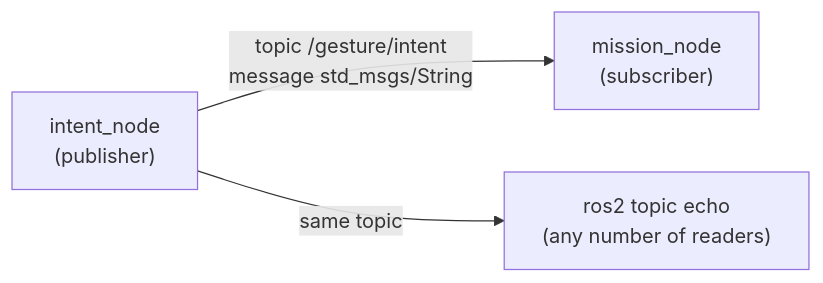
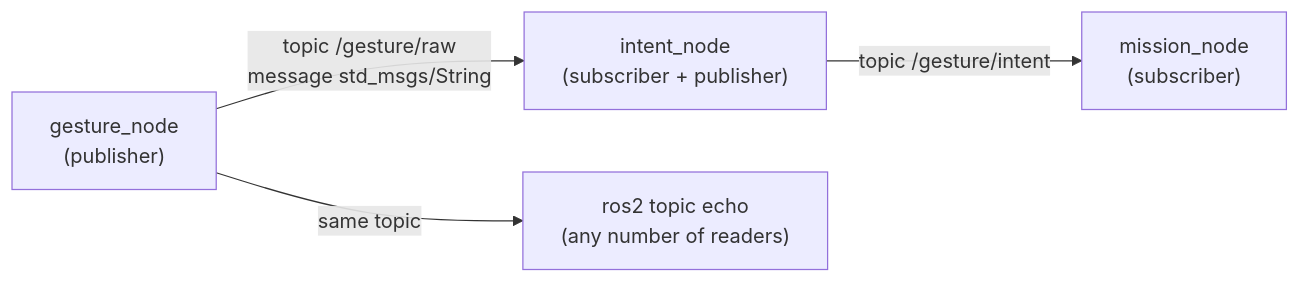
The first of 2 diagrams in docs/PraticalPlan/06 Gestures/02 ROS 2 Nodes - Install and Test.md (SEAME-pt/SEA-ME_Team1_ROSRangers), drawn with Mermaid before and after one commit. The commit also changed other lines of this file and 25 other files, not shown here.

Commit message:
New gesture node

````diff
--- a/docs/PraticalPlan/06 Gestures/02 ROS 2 Nodes - Install and Test.md
+++ b/docs/PraticalPlan/06 Gestures/02 ROS 2 Nodes - Install and Test.md
@@ -50,5 +52,6 @@
 ```mermaid
 flowchart LR
-  A["intent_node<br/>(publisher)"] -->|"topic /gesture/intent<br/>message std_msgs/String"| B["mission_node<br/>(subscriber)"]
-  A -->|same topic| C["ros2 topic echo<br/>(any number of readers)"]
+  A["gesture_node<br/>(publisher)"] -->|"topic /gesture/raw<br/>message std_msgs/String"| B["intent_node<br/>(subscriber + publisher)"]
+  B -->|"topic /gesture/intent"| C["mission_node<br/>(subscriber)"]
+  A -->|same topic| D["ros2 topic echo<br/>(any number of readers)"]
 ```
````
